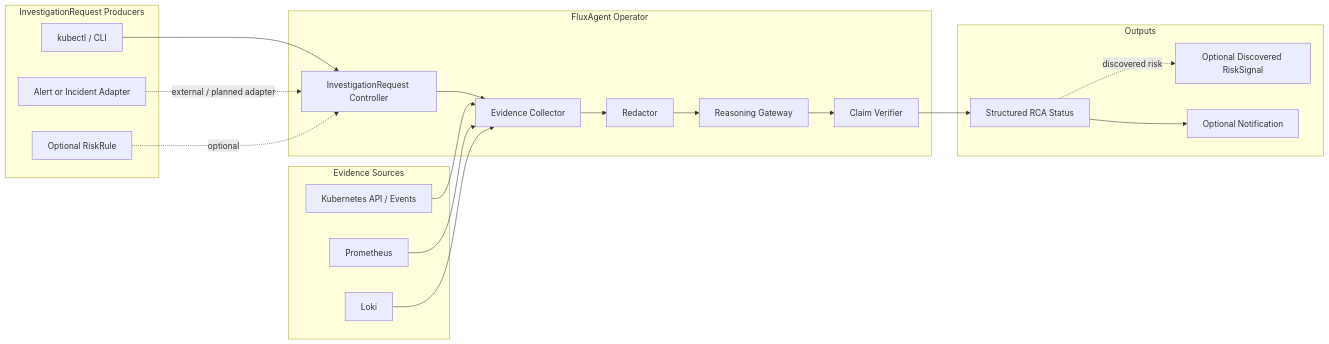
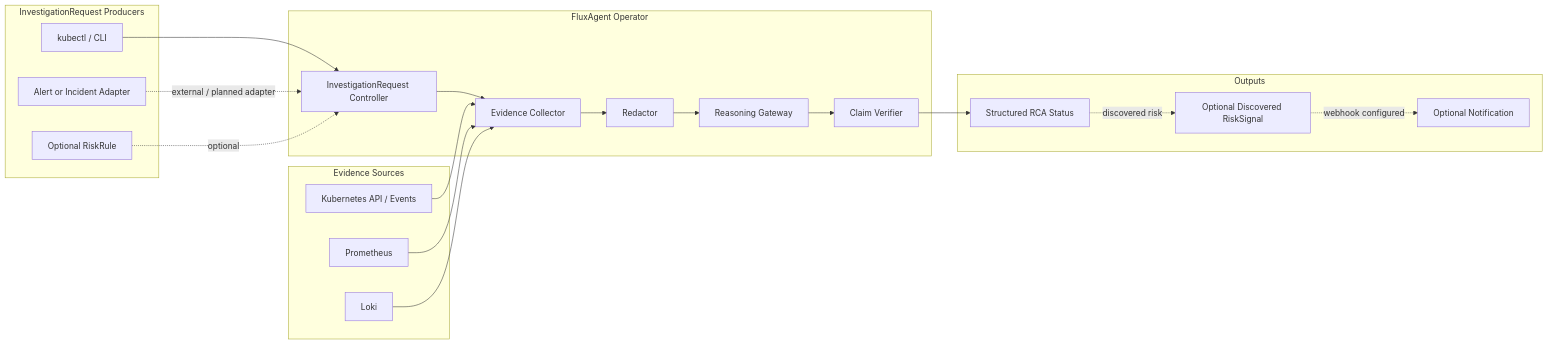
Before and after one commit to FluxSeer/fluxseer-rca: the second of 2 diagrams in README.md, drawn with Mermaid. The commit also changed other lines of this file and 10 other files, not shown here.

Commit message:
docs: align v0.3 RCA architecture claims

````diff
--- a/README.md
+++ b/README.md
@@ -210,43 +210,43 @@
 ```mermaid
 flowchart LR
     subgraph Producers[InvestigationRequest Producers]
         Manual[kubectl / CLI]
         External[Alert or Incident Adapter]
         Rule[Optional RiskRule]
     end
 
     subgraph Operator[FluxAgent Operator]
         IR[InvestigationRequest Controller]
         Collector[Evidence Collector]
         Redactor[Redactor]
         Gateway[Reasoning Gateway]
         Verifier[Claim Verifier]
     end
 
     subgraph Sources[Evidence Sources]
         K8s[Kubernetes API / Events]
         Prom[Prometheus]
         Loki[Loki]
     end
 
     subgraph Outputs[Outputs]
         Status[Structured RCA Status]
         Risk[Optional Discovered RiskSignal]
         Notify[Optional Notification]
     end
 
     Manual --> IR
     External -. external / planned adapter .-> IR
     Rule -. optional .-> IR
 
     IR --> Collector
     K8s --> Collector
     Prom --> Collector
     Loki --> Collector
     Collector --> Redactor
     Redactor --> Gateway
     Gateway --> Verifier
     Verifier --> Status
     Status -. discovered risk .-> Risk
-    Status --> Notify
+    Risk -. webhook configured .-> Notify
 ```
````
